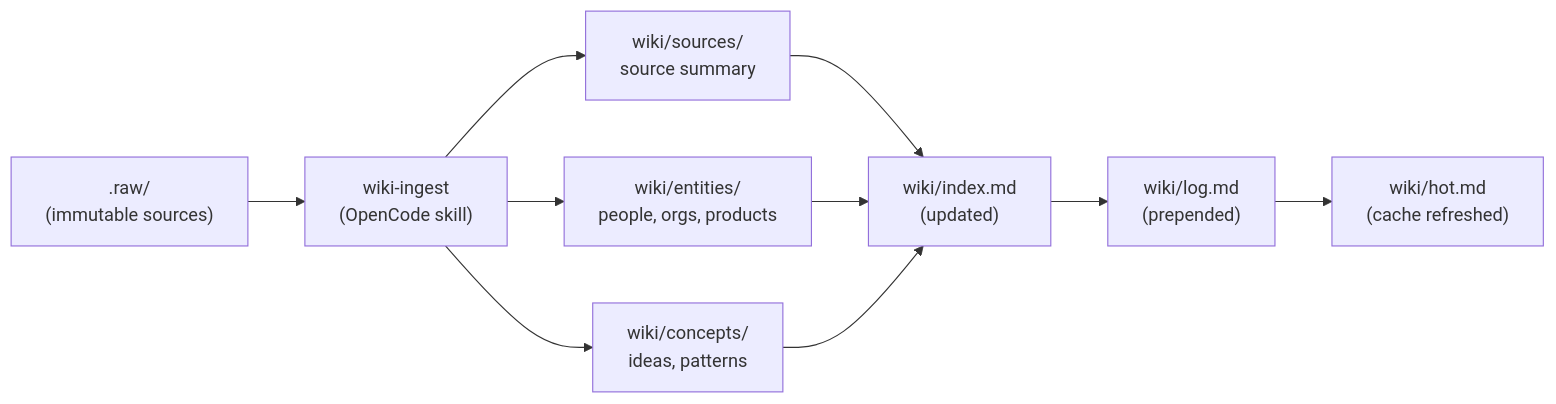
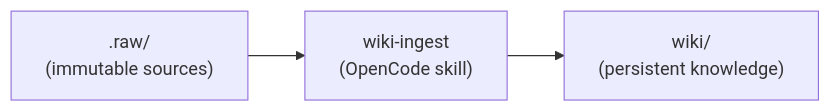
One commit to mintlify-atlas/docs-atlas-14f2af1e changed the first of 3 diagrams in concepts/architecture.mdx. Above: the diagram before and after it, drawn with Mermaid. The commit also changed other lines of this file and 20 other files, not shown here.

````diff
--- a/concepts/architecture.mdx
+++ b/concepts/architecture.mdx
@@ -63,10 +63,5 @@
 ```mermaid
 flowchart LR
     R[".raw/\n(immutable sources)"] --> I["wiki-ingest\n(OpenCode skill)"]
-    I --> SRC["wiki/sources/\nsource summary"]
-    I --> ENT["wiki/entities/\npeople, orgs, products"]
-    I --> CON["wiki/concepts/\nideas, patterns"]
-    SRC & ENT & CON --> IDX["wiki/index.md\n(updated)"]
-    IDX --> LOG["wiki/log.md\n(prepended)"]
-    LOG --> HOT["wiki/hot.md\n(cache refreshed)"]
+    I --> WK["wiki/\n(persistent knowledge)"]
 ```
````
